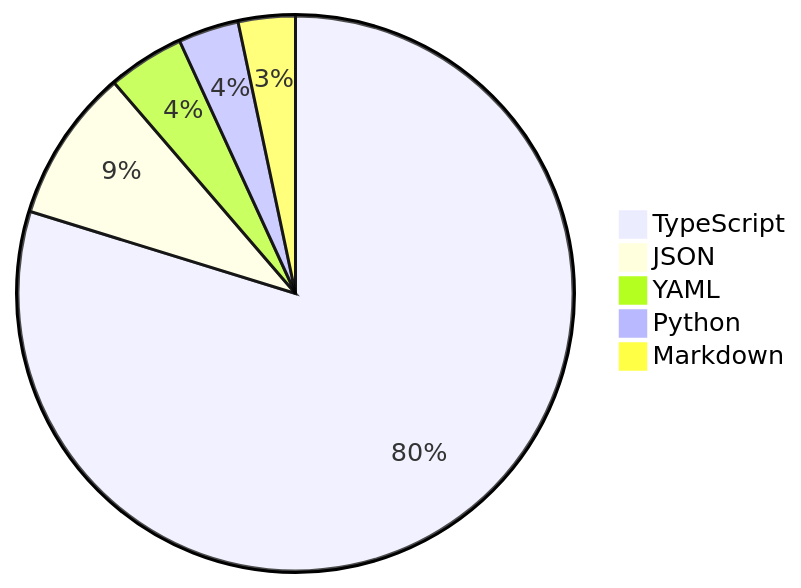
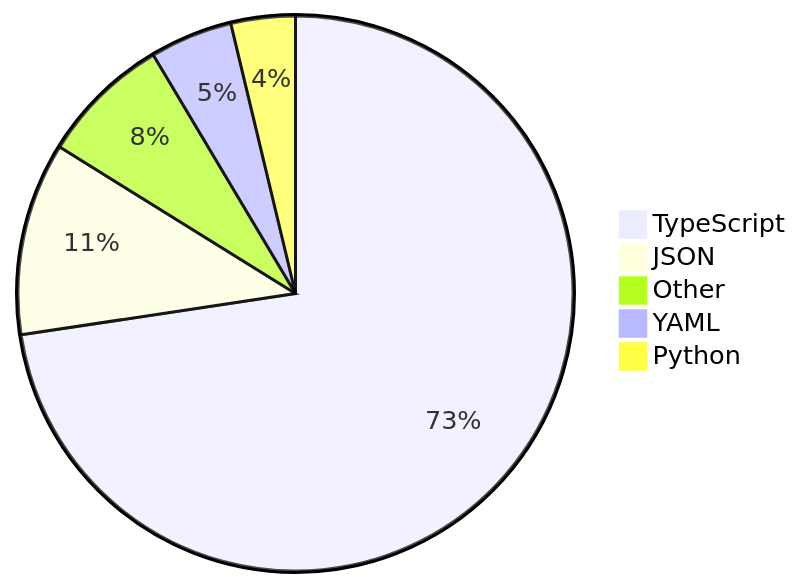
The diagram in README.md (skvggor/skvggor), drawn with Mermaid before and after one commit.

Commit message:
Updated waka-readme graph with new metrics

````diff
--- a/README.md
+++ b/README.md
@@ -28,8 +28,8 @@
 ```mermaid
 pie
-    "TypeScript" : 76.9
-    "JSON" : 8.6
-    "YAML" : 4.3
-    "Python" : 3.4
-    "Markdown" : 3.2
+    "TypeScript" : 67.9
+    "JSON" : 10.5
+    "Other" : 7.1
+    "YAML" : 4.5
+    "Python" : 3.5
 ```
````
